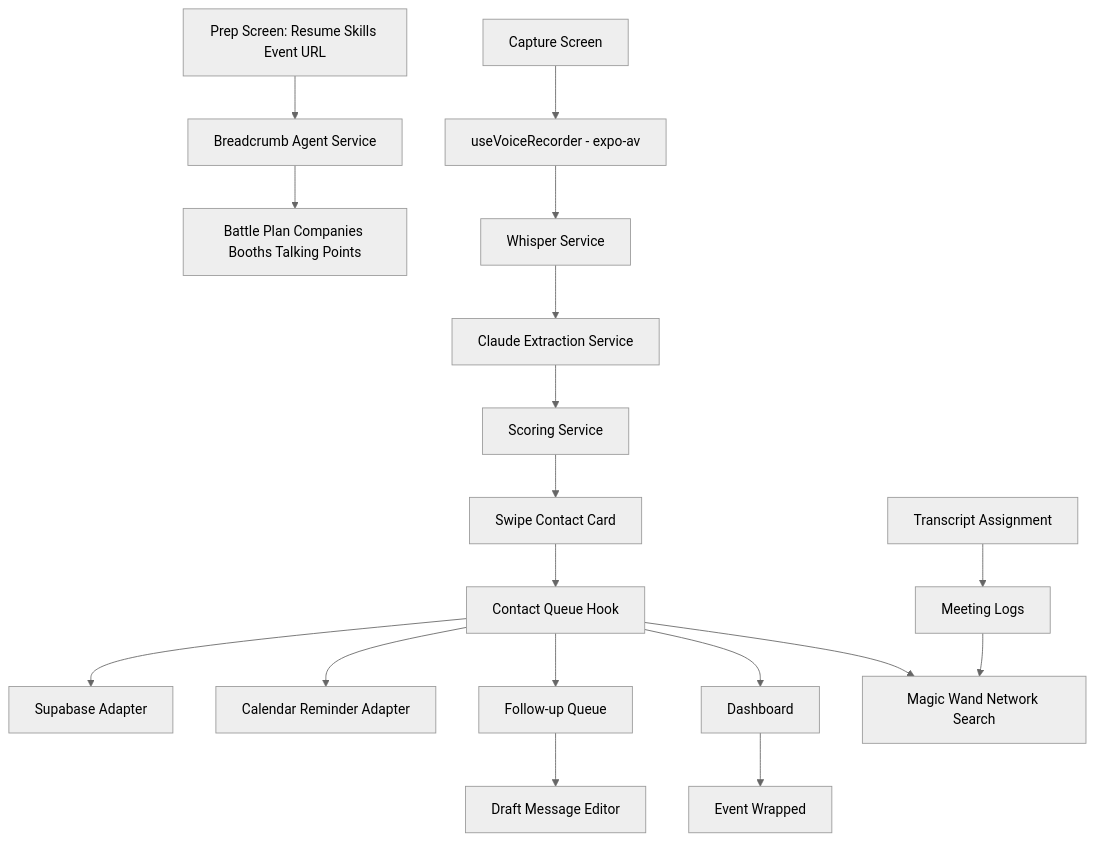
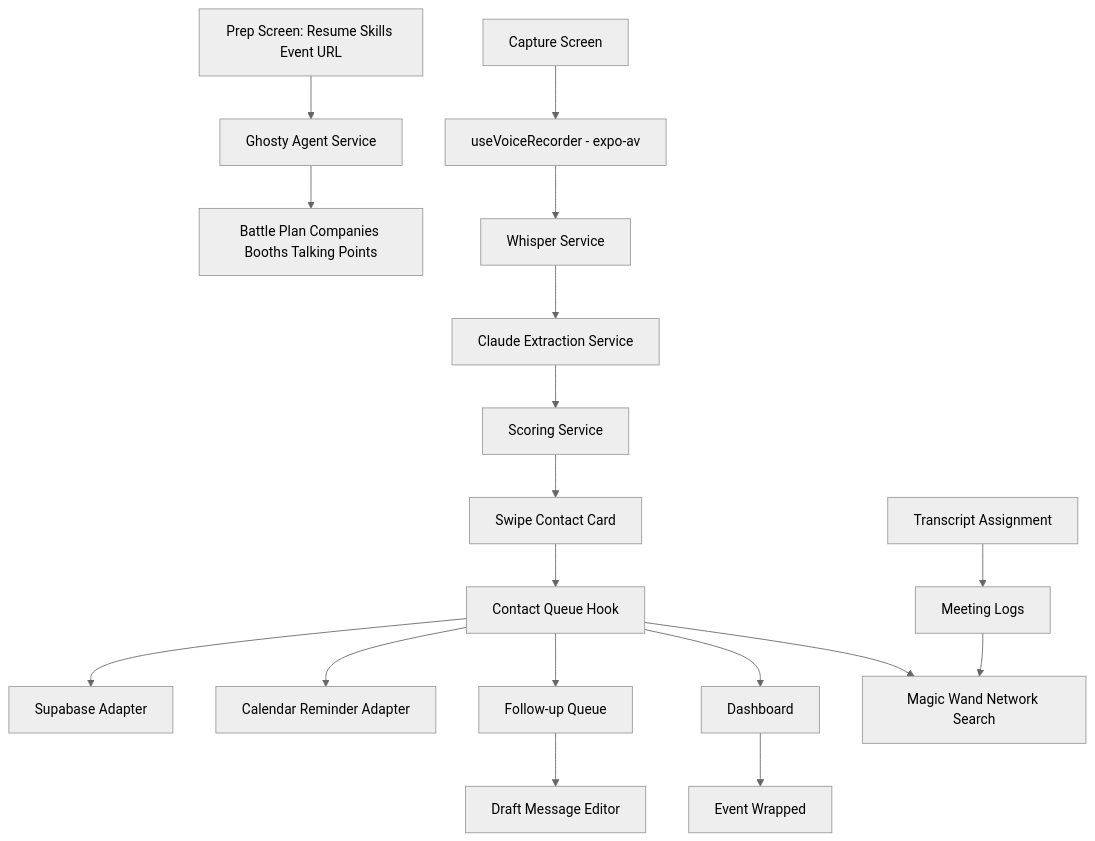
The diagram in ARCHITECTURE.md (shrey-Bish/Ghosty), drawn with Mermaid (neutral theme) before and after one commit. The commit also changed other lines of this file and 13 other files, not shown here.

Commit message:
Rename Breadcrumb expansion back to Ghosty

````diff
--- a/ARCHITECTURE.md
+++ b/ARCHITECTURE.md
@@ -3,20 +3,20 @@
 ```mermaid
 flowchart TD
-  P[Prep Screen: Resume Skills Event URL] --> Q[Breadcrumb Agent Service]
+  P[Prep Screen: Resume Skills Event URL] --> Q[Ghosty Agent Service]
   Q --> R[Battle Plan Companies Booths Talking Points]
   A[Capture Screen] --> B[useVoiceRecorder - expo-av]
   B --> C[Whisper Service]
   C --> D[Claude Extraction Service]
   D --> E[Scoring Service]
   E --> F[Swipe Contact Card]
   F --> G[Contact Queue Hook]
   G --> H[Supabase Adapter]
   G --> I[Calendar Reminder Adapter]
   G --> J[Follow-up Queue]
   G --> K[Dashboard]
   J --> L[Draft Message Editor]
   K --> M[Event Wrapped]
   N[Transcript Assignment] --> O[Meeting Logs]
   O --> W[Magic Wand Network Search]
   G --> W
 ```
````
